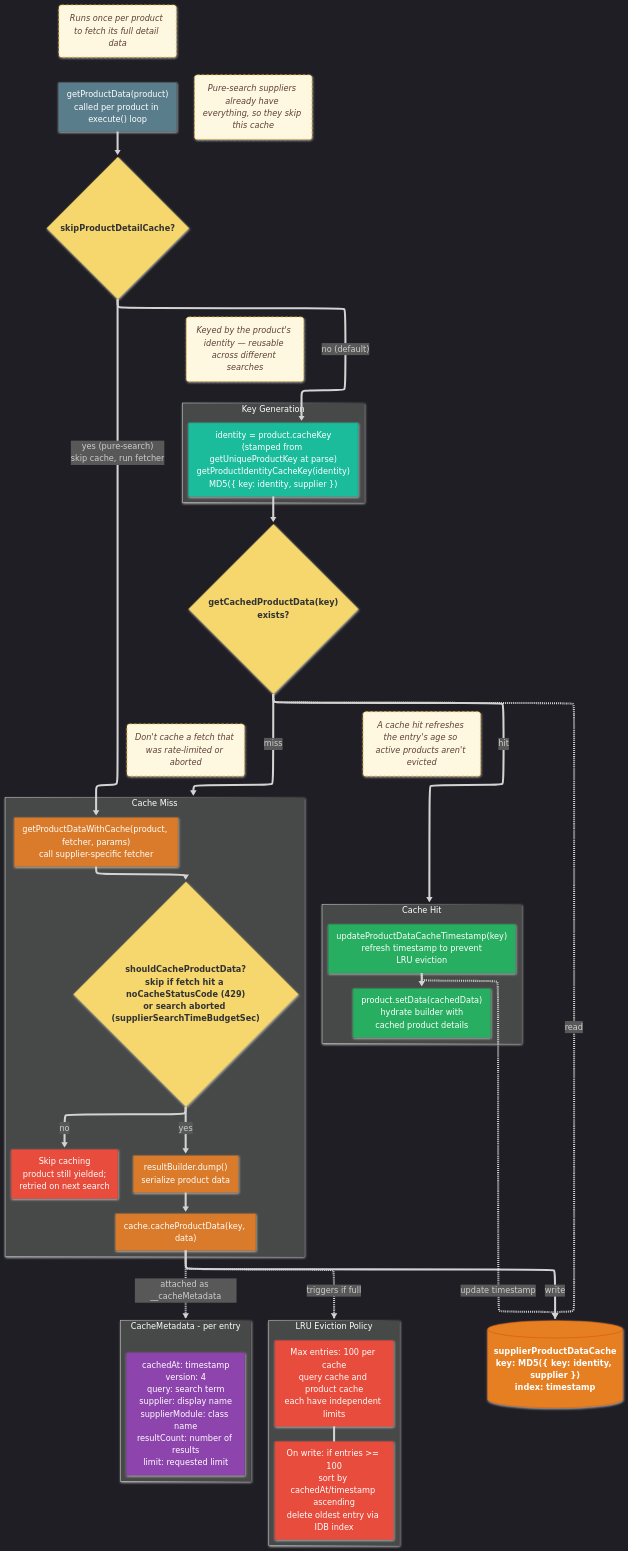
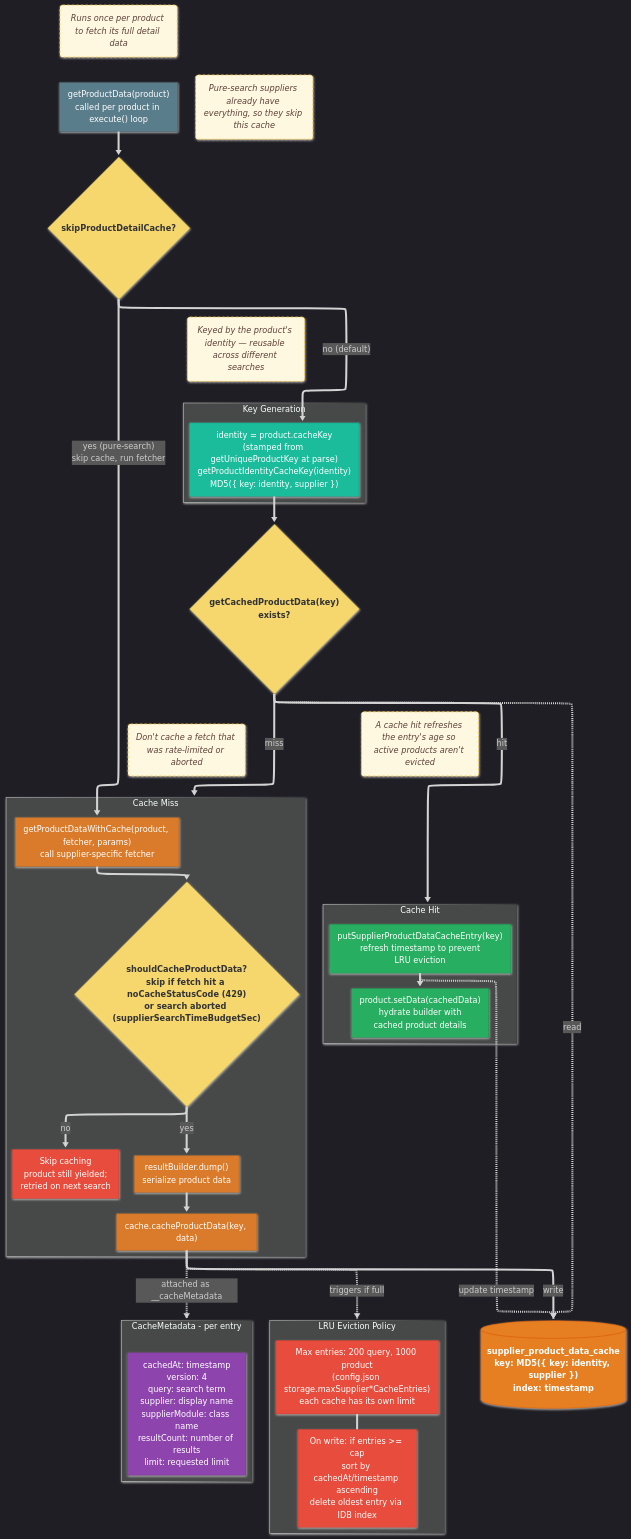
One commit to jhyland87/chem-pal changed the third of 5 diagrams in pages/diagrams/search-cache-flow.md. Above: the diagram before and after it, drawn with Mermaid. The commit also changed other lines of this file and 6 other files, not shown here.

```diff
--- a/pages/diagrams/search-cache-flow.md
+++ b/pages/diagrams/search-cache-flow.md
@@ -220,7 +220,7 @@
 PLOOKUP{"getCachedProductData(key)\nexists?"}
 subgraph CacheHit2["Cache Hit"]
 direction TB
-TOUCH["updateProductDataCacheTimestamp(key)\nrefresh timestamp to prevent\nLRU eviction"]
+TOUCH["putSupplierProductDataCacheEntry(key)\nrefresh timestamp to prevent\nLRU eviction"]
 SETDATA["product.setData(cachedData)\nhydrate builder with\ncached product details"]
 TOUCH --> SETDATA
 end
@@ -238,15 +238,15 @@
 PLOOKUP -->|"hit"| CacheHit2
 PLOOKUP -->|"miss"| CacheMiss2
 
-PDS[("supplierProductDataCache\nkey: MD5({ key: identity, supplier })\nindex: timestamp")]
+PDS[("supplier_product_data_cache\nkey: MD5({ key: identity, supplier })\nindex: timestamp")]
 SAVE2 -->|"write"| PDS
 PLOOKUP -.->|"read"| PDS
 TOUCH -.->|"update timestamp"| PDS
 
 subgraph LRU["LRU Eviction Policy"]
 direction TB
-MAX["Max entries: 100 per cache\nquery cache and product cache\neach have independent limits"]
-EVICT["On write: if entries >= 100\nsort by cachedAt/timestamp ascending\ndelete oldest entry via IDB index"]
+MAX["Max entries: 200 query, 1000 product\n(config.json storage.maxSupplier*CacheEntries)\neach cache has its own limit"]
+EVICT["On write: if entries >= cap\nsort by cachedAt/timestamp ascending\ndelete oldest entry via IDB index"]
 MAX --- EVICT
 end
 SAVE2 -.->|"triggers if full"| LRU
```
